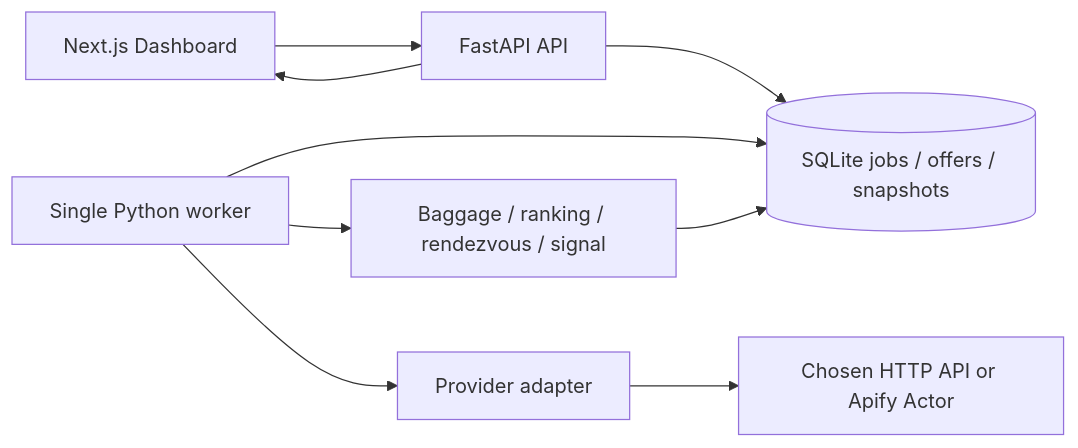
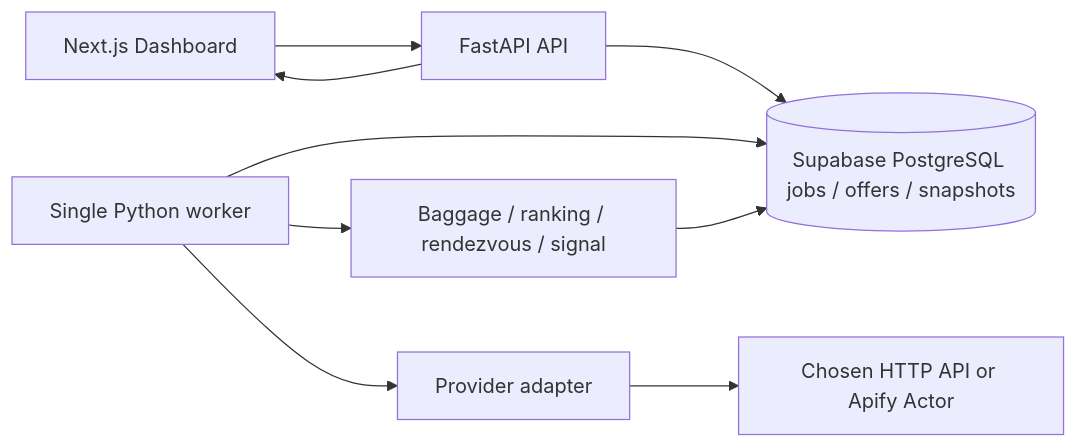
One commit to Timthn/f_checker changed the diagram in docs/architecture/system-design.md. Above: the diagram before and after it, drawn with Mermaid. The commit also changed other lines of this file and 11 other files, not shown here.

````diff
--- a/docs/architecture/system-design.md
+++ b/docs/architecture/system-design.md
@@ -5,11 +5,11 @@
 ```mermaid
 flowchart LR
   UI[Next.js Dashboard] --> API[FastAPI API]
-  API --> DB[(SQLite jobs / offers / snapshots)]
+  API --> DB[(Supabase PostgreSQL jobs / offers / snapshots)]
   Worker[Single Python worker] --> DB
   Worker --> Adapter[Provider adapter]
   Adapter --> Source[Chosen HTTP API or Apify Actor]
   Worker --> Rules[Baggage / ranking / rendezvous / signal]
   Rules --> DB
   API --> UI
 ```
````
